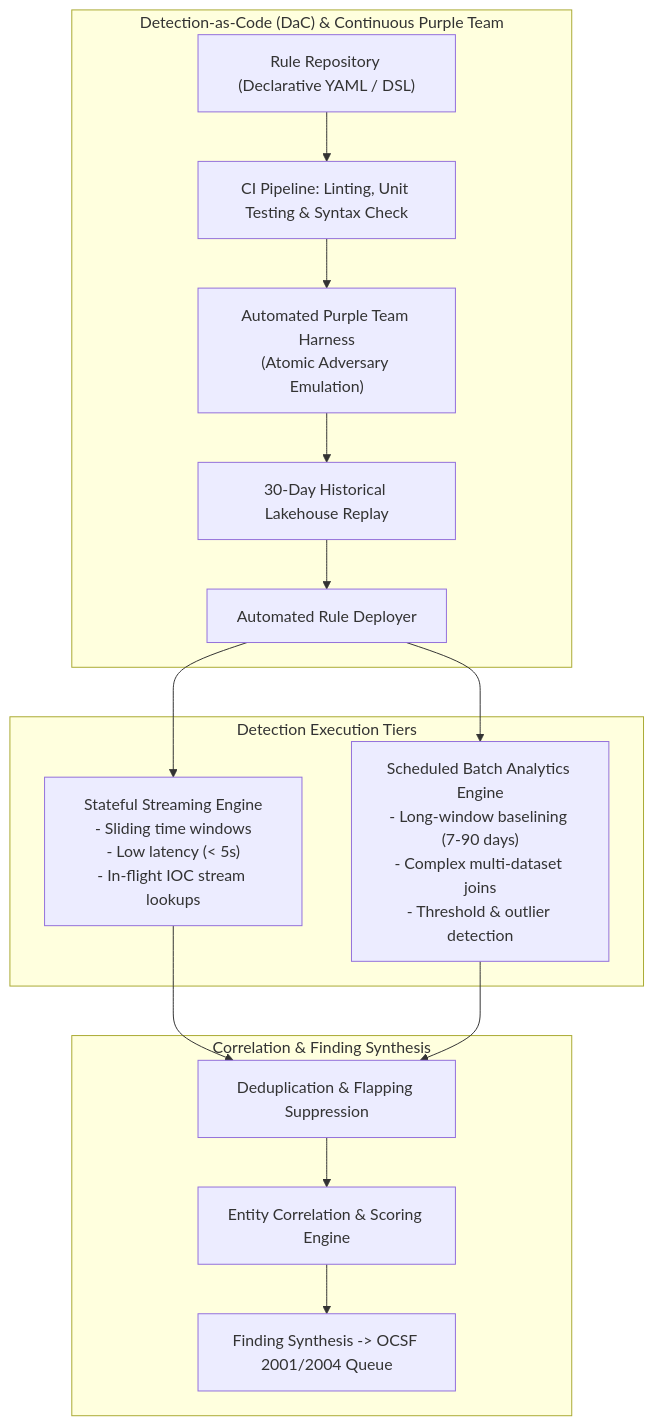
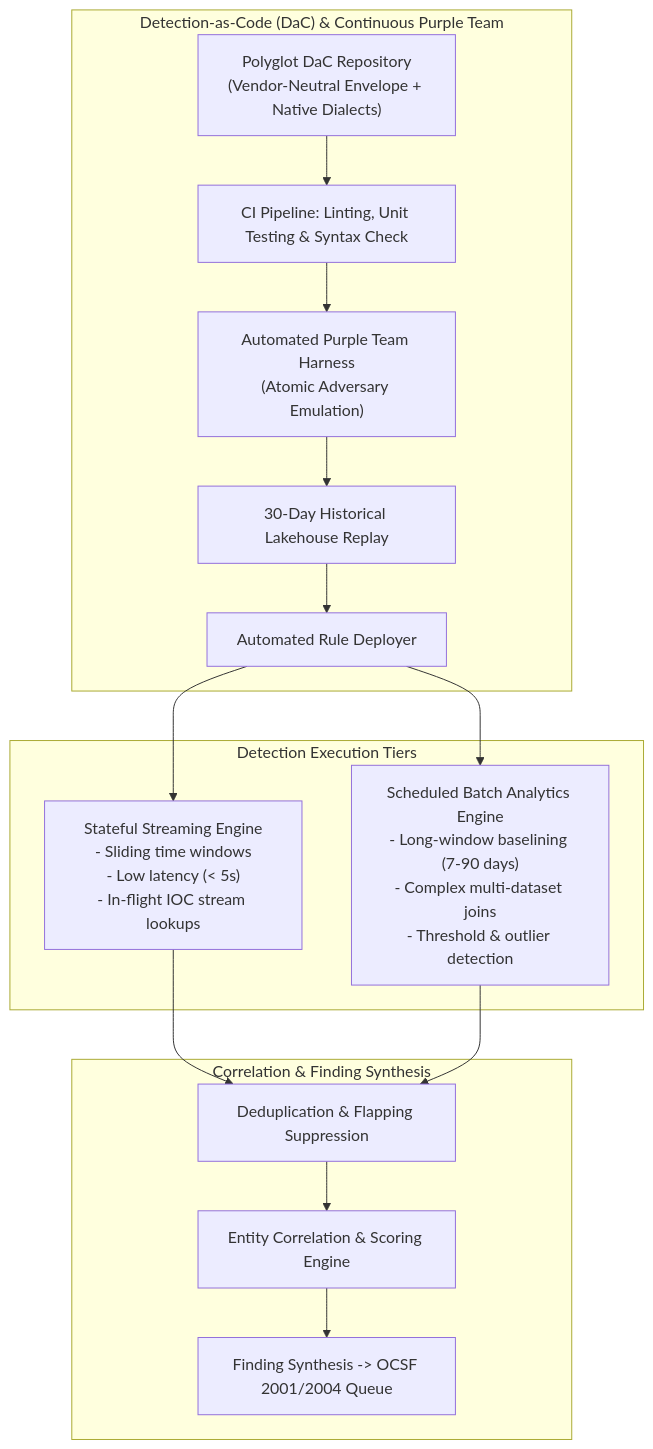
Before and after one commit to Haribu/TIDIR: the diagram in docs/architecture/components/03-detection-engine.md, drawn with Mermaid. The commit also changed 1 other file, not shown here.

Commit message:
docs(nav): register ADR-0019 in sidebar menu and align detection engine component diagram

````diff
--- a/docs/architecture/components/03-detection-engine.md
+++ b/docs/architecture/components/03-detection-engine.md
@@ -7,33 +7,33 @@
 ```mermaid
 flowchart TB
   subgraph DaCPipeline ["Detection-as-Code (DaC) & Continuous Purple Team"]
-    GIT["Rule Repository (Declarative YAML / DSL)"]
+    GIT["Polyglot DaC Repository\n(Vendor-Neutral Envelope + Native Dialects)"]
     CI["CI Pipeline: Linting, Unit Testing & Syntax Check"]
     PURPLE["Automated Purple Team Harness\n(Atomic Adversary Emulation)"]
     BACKTEST["30-Day Historical Lakehouse Replay"]
     DEPLOY["Automated Rule Deployer"]
   end
 
   subgraph EngineTiers ["Detection Execution Tiers"]
     STREAM_RULES["Stateful Streaming Engine\n- Sliding time windows\n- Low latency (< 5s)\n- In-flight IOC stream lookups"]
     BATCH_RULES["Scheduled Batch Analytics Engine\n- Long-window baselining (7-90 days)\n- Complex multi-dataset joins\n- Threshold & outlier detection"]
   end
 
   subgraph AlertPipeline ["Correlation & Finding Synthesis"]
     DEDUP["Deduplication & Flapping Suppression"]
     CORR["Entity Correlation & Scoring Engine"]
     INCIDENT["Finding Synthesis -> OCSF 2001/2004 Queue"]
   end
 
   GIT --> CI
   CI --> PURPLE
   PURPLE --> BACKTEST
   BACKTEST --> DEPLOY
   DEPLOY --> STREAM_RULES
   DEPLOY --> BATCH_RULES
 
   STREAM_RULES --> DEDUP
   BATCH_RULES --> DEDUP
   DEDUP --> CORR
   CORR --> INCIDENT
 ```
````
